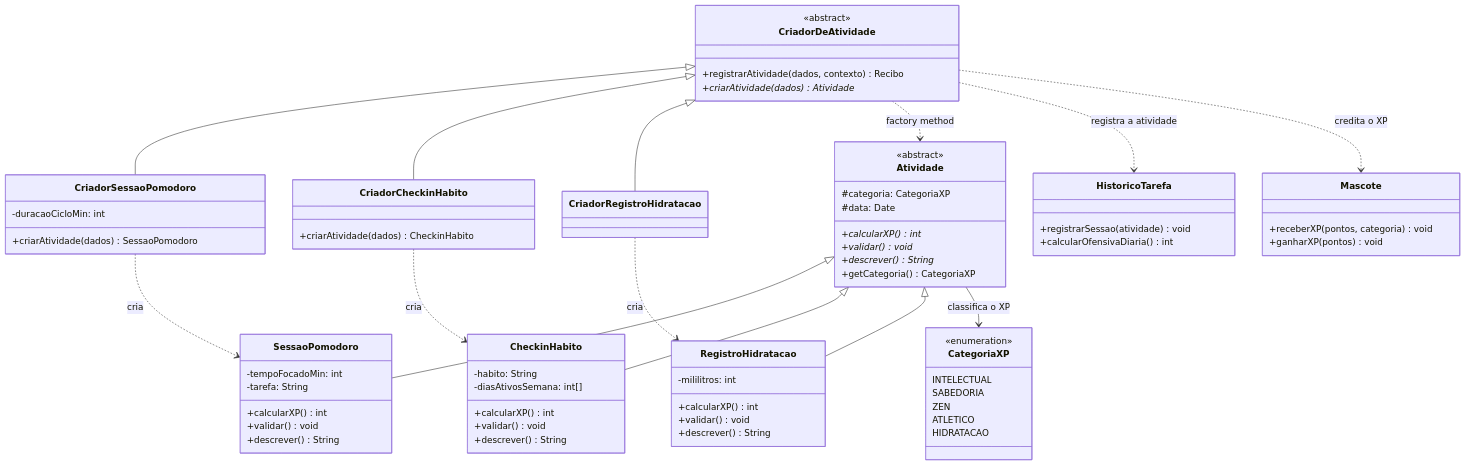
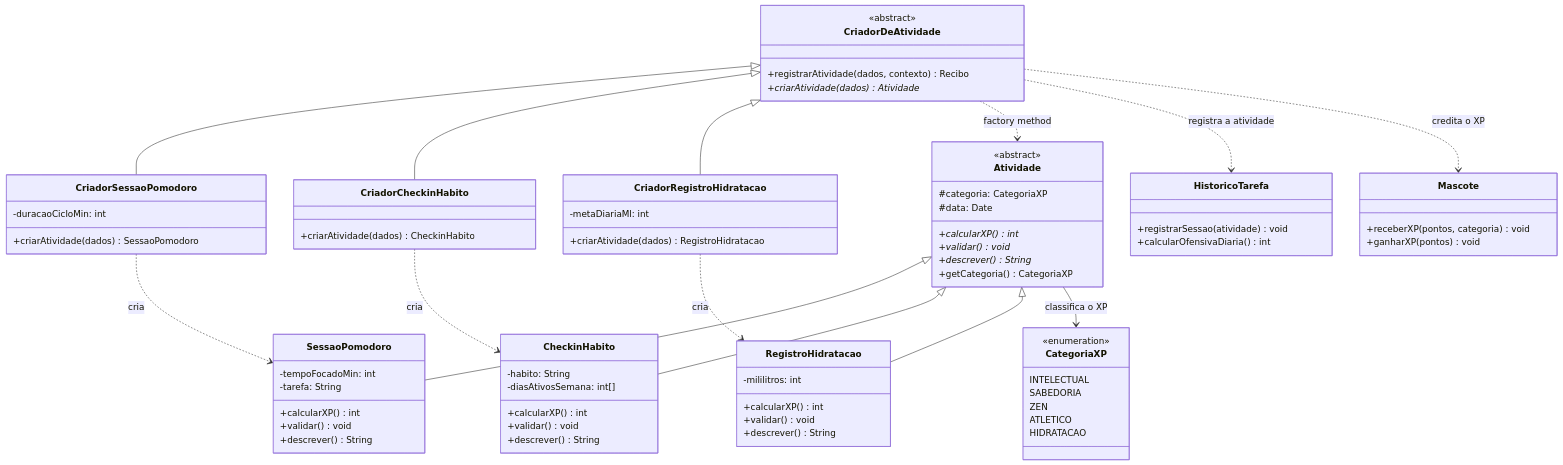
The second of 2 diagrams in docs/Base/Relatórios/1.1.2.SubEquipe_02.md (UnBArqDsw2026-2-Turma02/2026.2-T02-_G4_ProjetoJogo_Entrega_03), drawn with Mermaid before and after one commit. The commit also changed other lines of this file and 3 other files, not shown here.

```diff
--- a/docs/Base/Relatórios/1.1.2.SubEquipe_02.md
+++ b/docs/Base/Relatórios/1.1.2.SubEquipe_02.md
@@ -473,6 +473,11 @@
 
     class CriadorCheckinHabito {
         +criarAtividade(dados) CheckinHabito
+    }
+
+    class CriadorRegistroHidratacao {
+        -metaDiariaMl: int
+        +criarAtividade(dados) RegistroHidratacao
     }
 
     class Atividade {
```
